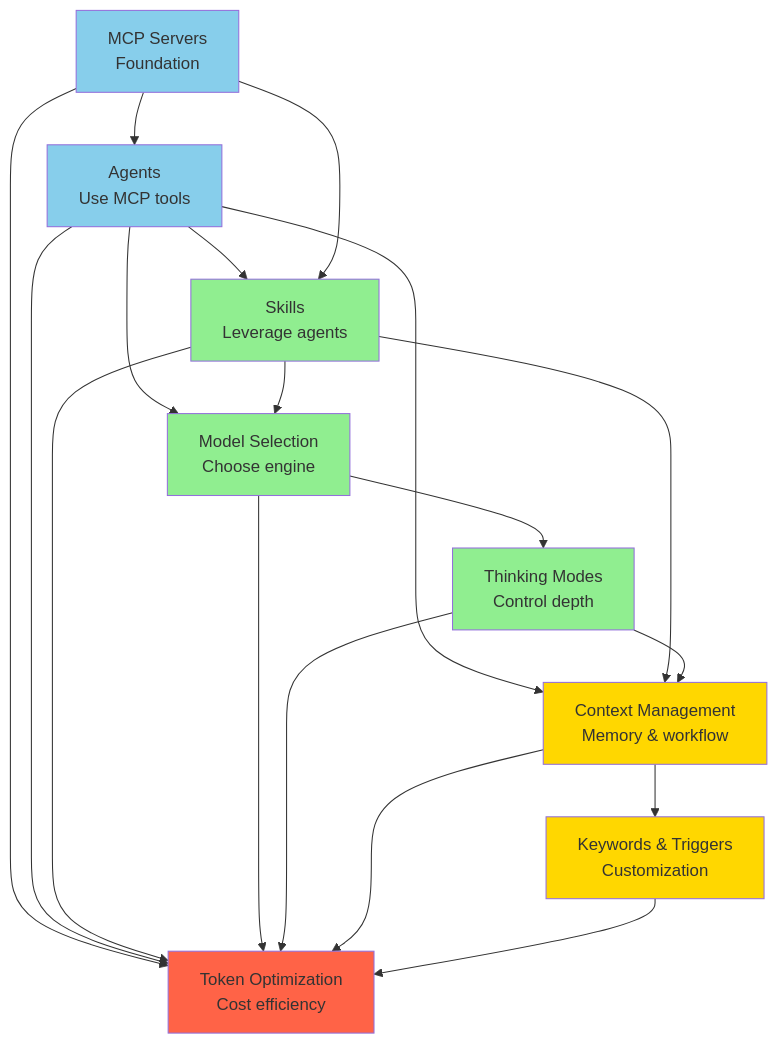
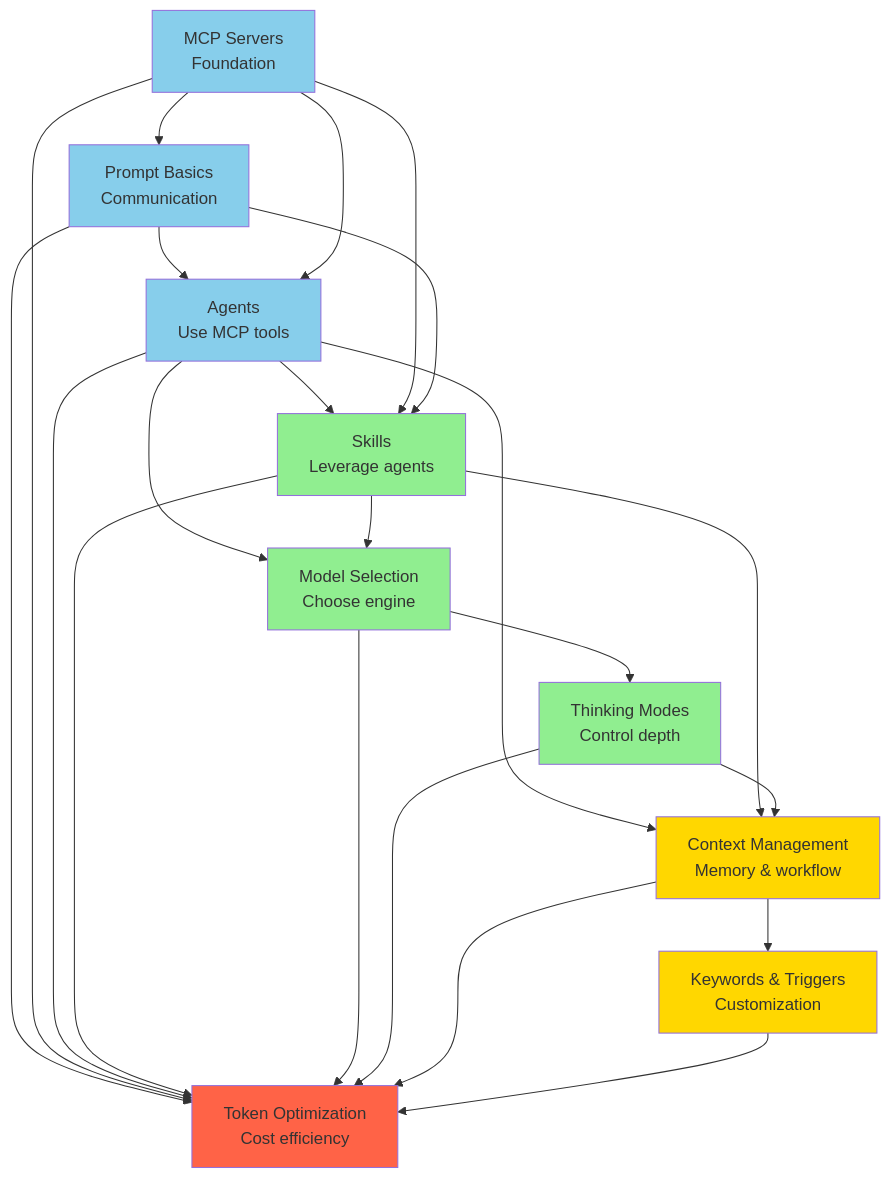
One commit to sxntixgo/claudecode-documentation changed the second of 2 diagrams in TABLE_OF_CONTENTS.md. Above: the diagram before and after it, drawn with Mermaid. The commit also changed other lines of this file and 105 other files, not shown here.

````diff
--- a/TABLE_OF_CONTENTS.md
+++ b/TABLE_OF_CONTENTS.md
@@ -455,43 +477,49 @@
 ```mermaid
 graph TB
     MCP[MCP Servers<br/>Foundation]
+    Prompt[Prompt Basics<br/>Communication]
     Agents[Agents<br/>Use MCP tools]
     Skills[Skills<br/>Leverage agents]
     Models[Model Selection<br/>Choose engine]
     Thinking[Thinking Modes<br/>Control depth]
     Context[Context Management<br/>Memory & workflow]
     Keywords[Keywords & Triggers<br/>Customization]
     Optimization[Token Optimization<br/>Cost efficiency]
 
+    MCP --> Prompt
+    Prompt --> Agents
     MCP --> Agents
     Agents --> Skills
     MCP --> Skills
+    Prompt --> Skills
 
     Agents --> Models
     Skills --> Models
 
     Models --> Thinking
 
     Agents --> Context
     Skills --> Context
     Thinking --> Context
 
     Context --> Keywords
 
+    Prompt --> Optimization
     MCP --> Optimization
     Agents --> Optimization
     Skills --> Optimization
     Models --> Optimization
     Thinking --> Optimization
     Context --> Optimization
     Keywords --> Optimization
 
     style MCP fill:#87CEEB
+    style Prompt fill:#87CEEB
     style Agents fill:#87CEEB
     style Skills fill:#90EE90
     style Models fill:#90EE90
     style Thinking fill:#90EE90
     style Context fill:#FFD700
     style Keywords fill:#FFD700
     style Optimization fill:#FF6347
 ```
````
